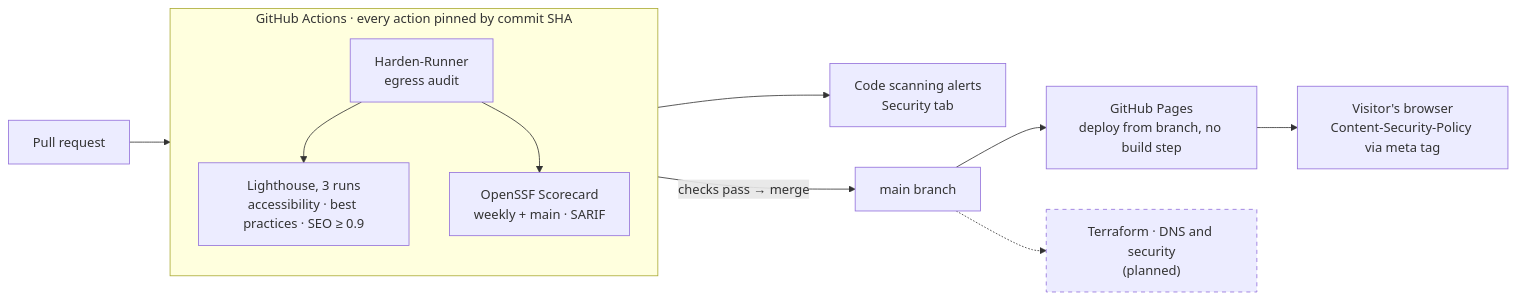
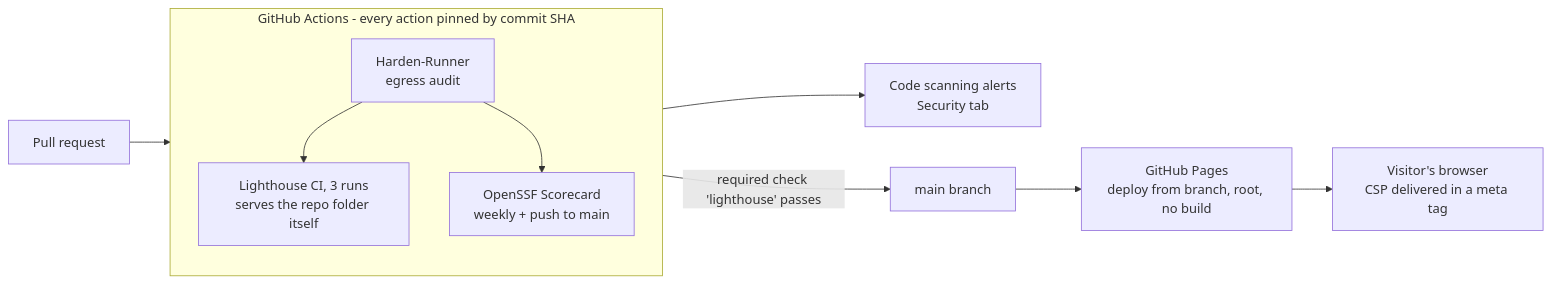
One commit to juanberrio0399/juanberrio0399.github.io changed the first of 2 diagrams in README.md. Above: the diagram before and after it, drawn with Mermaid. The commit also changed other lines of this file and 5 other files, not shown here.

````diff
--- a/README.md
+++ b/README.md
@@ -22,16 +26,13 @@
 ```mermaid
 flowchart LR
   PR["Pull request"] --> HR
-  subgraph CI["GitHub Actions · every action pinned by commit SHA"]
+  subgraph CI["GitHub Actions - every action pinned by commit SHA"]
     direction TB
-    HR["Harden-Runner<br/>egress audit"] --> LH["Lighthouse, 3 runs<br/>accessibility · best practices · SEO ≥ 0.9"]
-    HR --> SC["OpenSSF Scorecard<br/>weekly + main · SARIF"]
+    HR["Harden-Runner<br/>egress audit"] --> LH["Lighthouse CI, 3 runs<br/>serves the repo folder itself"]
+    HR --> SC["OpenSSF Scorecard<br/>weekly + push to main"]
   end
   SC --> CS["Code scanning alerts<br/>Security tab"]
-  LH -->|"checks pass → merge"| MAIN["main branch"]
-  MAIN --> PAGES["GitHub Pages<br/>deploy from branch, no build step"]
-  PAGES --> USER["Visitor's browser<br/>Content-Security-Policy via meta tag"]
-  MAIN -.-> TF["Terraform · DNS and security<br/>(planned)"]
-  classDef planned stroke-dasharray: 5 5
-  class TF planned
+  LH -->|"required check 'lighthouse' passes"| MAIN["main branch"]
+  MAIN --> PAGES["GitHub Pages<br/>deploy from branch, root, no build"]
+  PAGES --> USER["Visitor's browser<br/>CSP delivered in a meta tag"]
 ```
````
